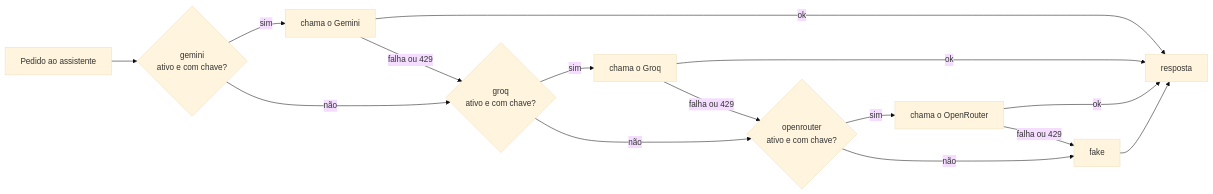
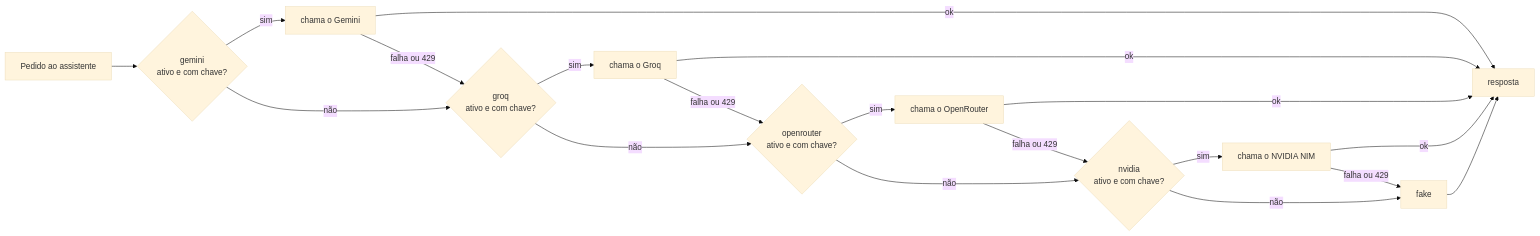
One commit to matheuskkg/les changed the diagram in docs/guias/configuracao-da-ia.md. Above: the diagram before and after it, drawn with Mermaid (base theme). The commit also changed other lines of this file and 13 other files, not shown here.

Commit message:
Adiciona o NVIDIA NIM à cadeia de provedores de IA, com o nemotron como modelo padrão, e descarta o Mistral (REC-10)

````diff
--- a/docs/guias/configuracao-da-ia.md
+++ b/docs/guias/configuracao-da-ia.md
@@ -17,17 +17,21 @@
 ```mermaid
 flowchart LR
     P[Pedido ao assistente] --> G{gemini<br/>ativo e com chave?}
     G -- sim --> GC[chama o Gemini]
     GC -- ok --> R[resposta]
     GC -- falha ou 429 --> Q
     G -- não --> Q{groq<br/>ativo e com chave?}
     Q -- sim --> QC[chama o Groq]
     QC -- ok --> R
     QC -- falha ou 429 --> O
     Q -- não --> O{openrouter<br/>ativo e com chave?}
     O -- sim --> OC[chama o OpenRouter]
     OC -- ok --> R
-    OC -- falha ou 429 --> F
-    O -- não --> F[fake]
+    OC -- falha ou 429 --> N
+    O -- não --> N{nvidia<br/>ativo e com chave?}
+    N -- sim --> NC[chama o NVIDIA NIM]
+    NC -- ok --> R
+    NC -- falha ou 429 --> F
+    N -- não --> F[fake]
     F --> R
 ```
````
